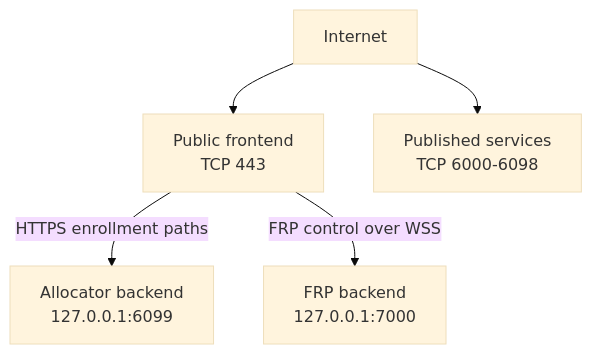
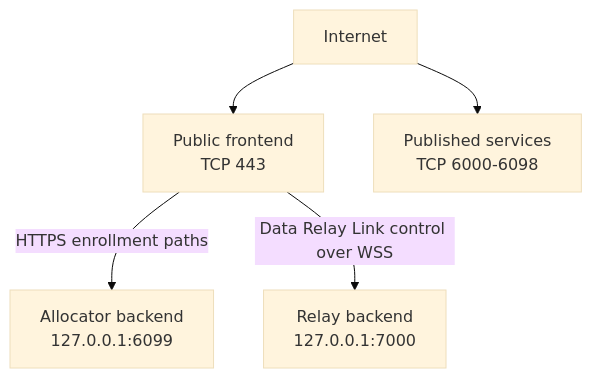
Before and after one commit to datarelay-labs/data-relay-link-docs: the third of 5 diagrams in reference/architecture.mdx, drawn with Mermaid (base theme). The commit also changed other lines of this file and 36 other files, not shown here.

````diff
--- a/reference/architecture.mdx
+++ b/reference/architecture.mdx
@@ -67,13 +67,13 @@
 ```mermaid
 flowchart TB
     I[Internet]
     FE[Public frontend\nTCP 443]
     A[Allocator backend\n127.0.0.1:6099]
-    F[FRP backend\n127.0.0.1:7000]
+    F[Relay backend\n127.0.0.1:7000]
     P[Published services\nTCP 6000-6098]
 
     I --> FE
     FE -->|HTTPS enrollment paths| A
-    FE -->|FRP control over WSS| F
+    FE -->|Data Relay Link control over WSS| F
     I --> P
 ```
````
